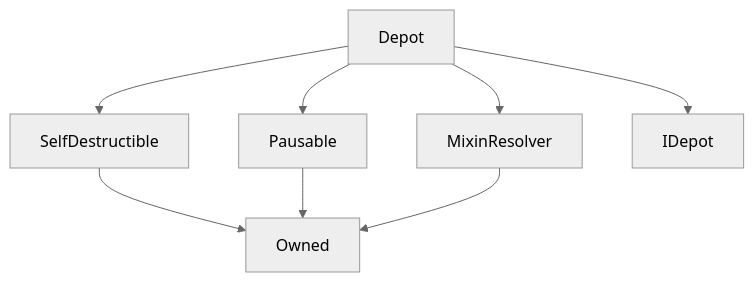
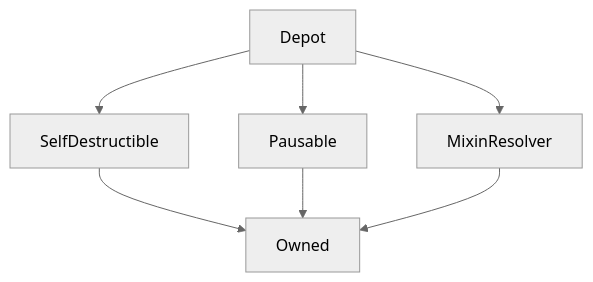
Before and after one commit to Synthetixio/synthetix-docs: the diagram in content/contracts/source/contracts/Depot.md, drawn with Mermaid (neutral theme). The commit also changed other lines of this file and 70 other files, not shown here.

````diff
--- a/content/contracts/source/contracts/Depot.md
+++ b/content/contracts/source/contracts/Depot.md
@@ -24,11 +24,10 @@
 ```mermaid
 graph TD
     Depot[Depot] --> SelfDestructible[SelfDestructible]
     Depot[Depot] --> Pausable[Pausable]
     Depot[Depot] --> MixinResolver[MixinResolver]
-    Depot[Depot] --> IDepot[IDepot]
     SelfDestructible[SelfDestructible] --> Owned[Owned]
     Pausable[Pausable] --> Owned[Owned]
     MixinResolver[MixinResolver] --> Owned[Owned]
 
 ```
````
